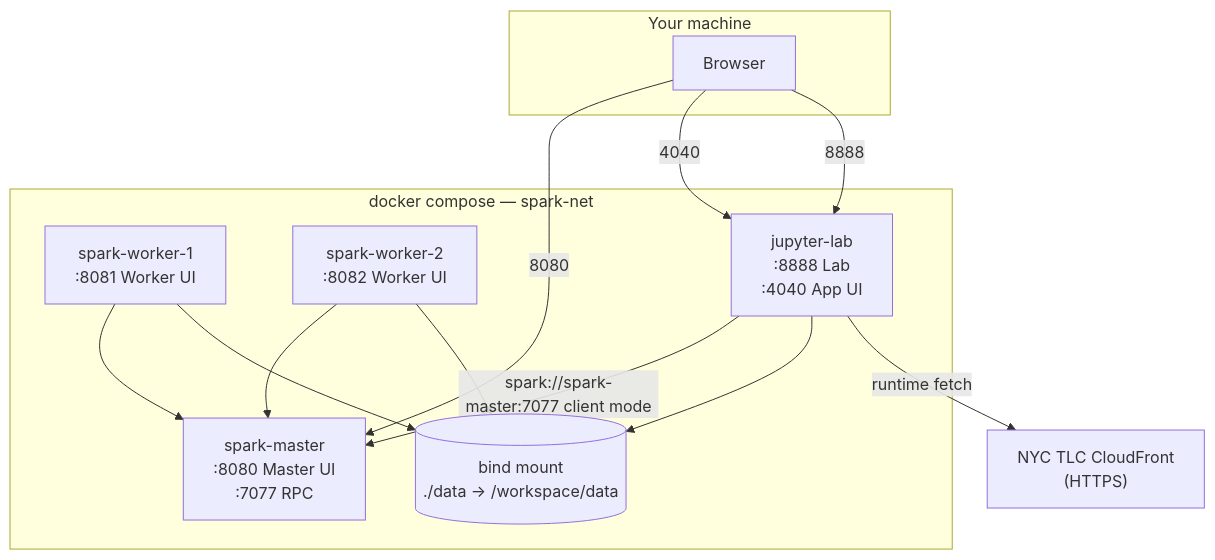
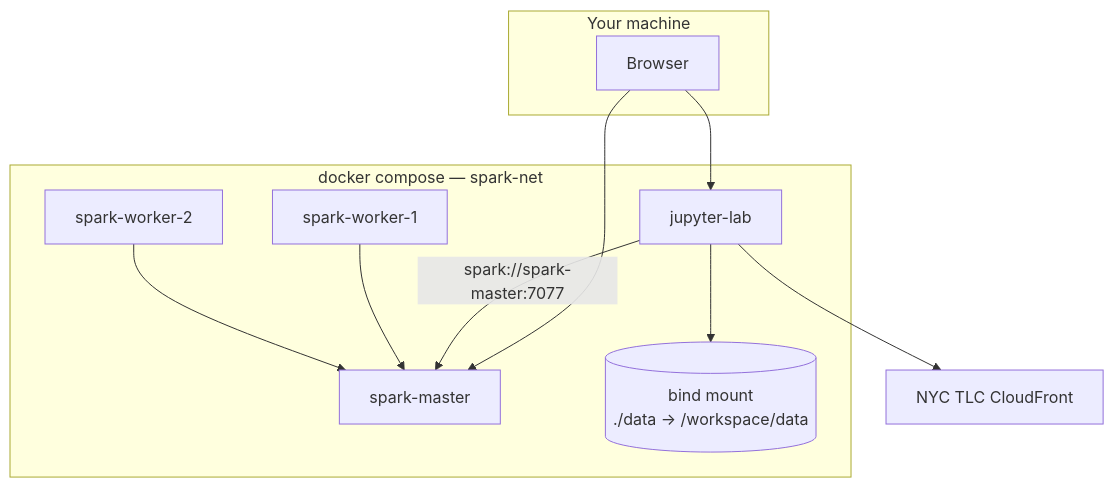
Before and after one commit to ammarchalifah/spark-workshop: the diagram in README.md, drawn with Mermaid. The commit also changed other lines of this file and 14 other files, not shown here.

````diff
--- a/README.md
+++ b/README.md
@@ -68,28 +68,25 @@
 ```mermaid
 flowchart TB
     subgraph host [Your machine]
         Browser[Browser]
     end
 
     subgraph compose [docker compose — spark-net]
-        Master["spark-master\n:8080 Master UI\n:7077 RPC"]
-        W1["spark-worker-1\n:8081 Worker UI"]
-        W2["spark-worker-2\n:8082 Worker UI"]
-        Jupyter["jupyter-lab\n:8888 Lab\n:4040 App UI"]
+        Master["spark-master"]
+        W1["spark-worker-1"]
+        W2["spark-worker-2"]
+        Jupyter["jupyter-lab"]
         Data[("bind mount\n./data → /workspace/data")]
     end
 
-    TLC["NYC TLC CloudFront\n(HTTPS)"]
+    TLC["NYC TLC CloudFront"]
 
-    Browser -->|8080| Master
-    Browser -->|4040| Jupyter
-    Browser -->|8888| Jupyter
+    Browser --> Jupyter
+    Browser --> Master
 
-    Jupyter -->|"spark://spark-master:7077 client mode"| Master
+    Jupyter -->|"spark://spark-master:7077"| Master
     W1 --> Master
     W2 --> Master
     Jupyter --> Data
-    W1 --> Data
-    W2 --> Data
-    Jupyter -->|"runtime fetch"| TLC
+    Jupyter --> TLC
 ```
````
